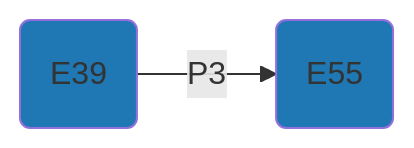
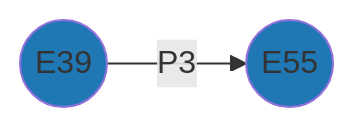
The diagram in test-projects/README.md (achp-project/cultural-heritage), drawn with Mermaid before and after one commit.

````diff
--- a/test-projects/README.md
+++ b/test-projects/README.md
@@ -17,5 +17,5 @@
 ```mermaid
 flowchart LR
-    A(E39):::pydef --P3--> B(E55):::pydef;
+    A((E39)):::pydef --P3--> B((E55)):::pydef;
 	classDef pydef fill:#1f78b4;
 ```
````
